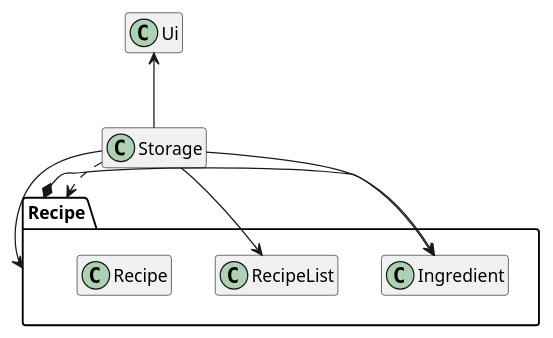
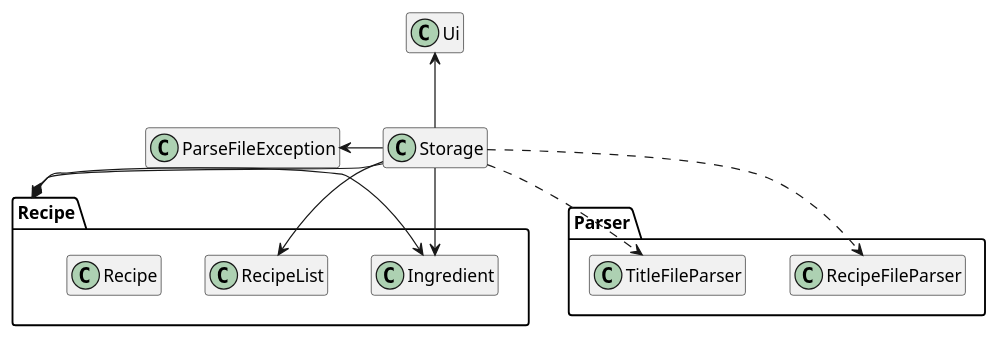
One commit to nus-cs2113-AY2223S1/tp changed the diagram in docs/diagrams/StorageClassDiagram.puml. Above: the diagram before and after it, drawn with PlantUML. The commit also changed 2 other files, not shown here.

Commit message:
Update storage class diagram

```diff
--- a/docs/diagrams/StorageClassDiagram.puml
+++ b/docs/diagrams/StorageClassDiagram.puml
@@ -1,20 +1,29 @@
 @startuml
 'https://plantuml.com/class-diagram
 
 hide class fields
 hide class methods
 
 package Recipe {
 class RecipeList
 class Recipe
 class Ingredient
 }
 
+package Parser {
+class RecipeFileParser
+class TitleFileParser
+}
+
+class ParseFileException
+
 Storage -up-> Ui
 Storage -down-> Recipe
 Storage -down-> Ingredient
 Storage -down-> RecipeList
+Storage ..> RecipeFileParser
+Storage ..> TitleFileParser
+Storage -left-> ParseFileException
 
 Recipe *-right-> Ingredient
-Storage ..> Recipe
 @enduml
```
